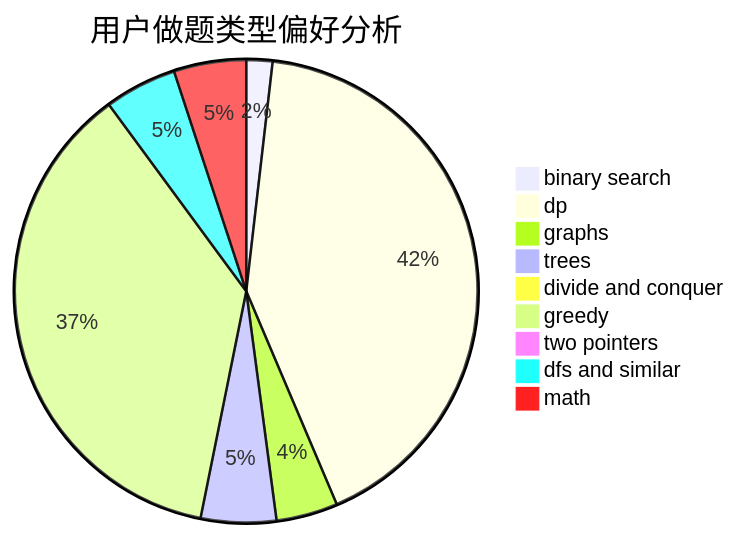
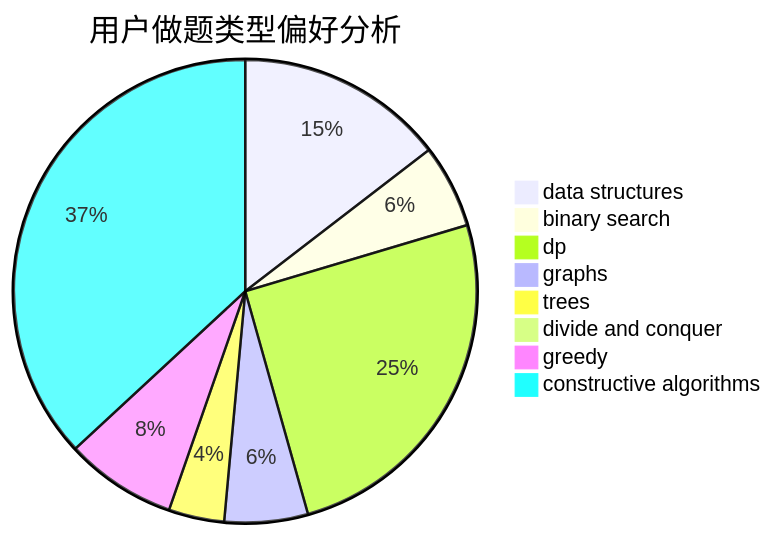
One commit to sherpahu/cfrs.github.io changed the second of 3 diagrams in docs/user/u1101.md. Above: the diagram before and after it, drawn with Mermaid. The commit also changed other lines of this file and 2775 other files, not shown here.

````diff
--- a/docs/user/u1101.md
+++ b/docs/user/u1101.md
@@ -23,12 +23,11 @@
 ```mermaid
 pie title 用户做题类型偏好分析
-    "binary search" :  17
-    "dp" :  389
-    "graphs" :  40
-    "trees" :  49
-    "divide and conquer" :  2
-    "greedy" :  342
-    "two pointers" :  1
-    "dfs and similar" :  47
-    "math" :  47
+    "data structures" :  15
+    "binary search" :  6
+    "dp" :  26
+    "graphs" :  6
+    "trees" :  4
+    "divide and conquer" :  0
+    "greedy" :  8
+    "constructive algorithms" :  38
 ```
````
